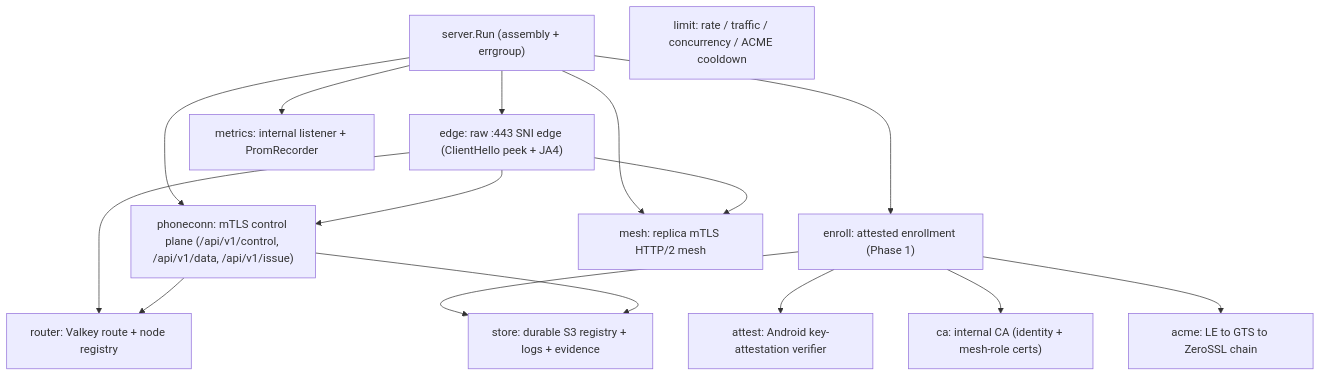
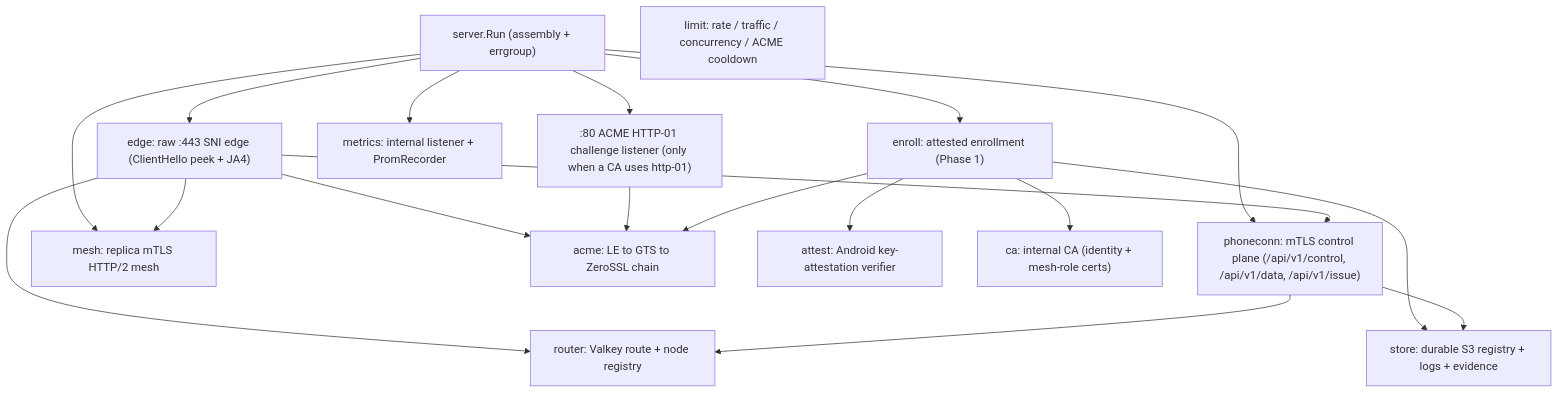
One commit to danielealbano/android-remote-control-mcp-tunneld changed the first of 3 diagrams in docs/ARCHITECTURE.md. Above: the diagram before and after it, drawn with Mermaid. The commit also changed other lines of this file and 5 other files, not shown here.

First line of the commit message:
docs(docs): describe per-CA ACME validation, the :80 listener and the staging tier

````diff
--- a/docs/ARCHITECTURE.md
+++ b/docs/ARCHITECTURE.md
@@ -15,30 +18,34 @@
 ```mermaid
 flowchart TD
   run["server.Run (assembly + errgroup)"]
   edge["edge: raw :443 SNI edge (ClientHello peek + JA4)"]
   enroll["enroll: attested enrollment (Phase 1)"]
   phone["phoneconn: mTLS control plane (/api/v1/control, /api/v1/data, /api/v1/issue)"]
   mesh["mesh: replica mTLS HTTP/2 mesh"]
   acme["acme: LE to GTS to ZeroSSL chain"]
   attest["attest: Android key-attestation verifier"]
   ca["ca: internal CA (identity + mesh-role certs)"]
   router["router: Valkey route + node registry"]
   limit["limit: rate / traffic / concurrency / ACME cooldown"]
   store["store: durable S3 registry + logs + evidence"]
   metrics["metrics: internal listener + PromRecorder"]
+  acmehttp[":80 ACME HTTP-01 challenge listener (only when a CA uses http-01)"]
 
   run --> edge
   run --> enroll
   run --> phone
   run --> mesh
   run --> metrics
+  run --> acmehttp
   edge --> router
   edge --> phone
   edge --> mesh
+  edge --> acme
+  acmehttp --> acme
   enroll --> attest
   enroll --> ca
   enroll --> acme
   enroll --> store
   phone --> router
   phone --> store
 ```
````
